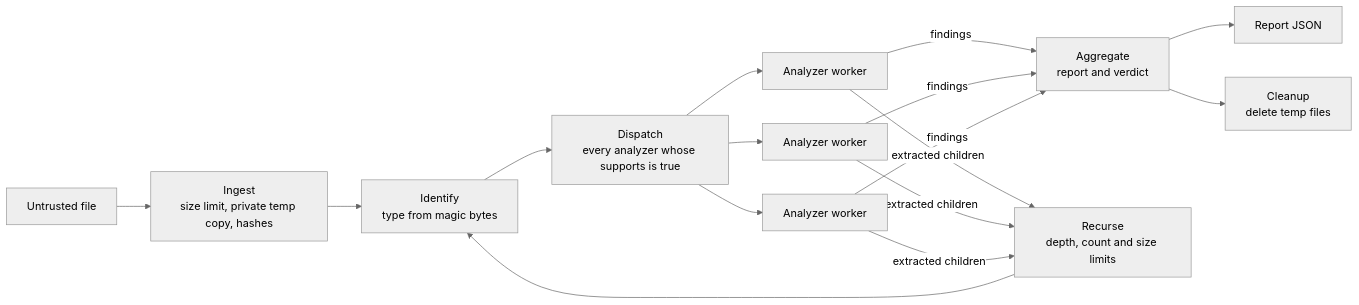
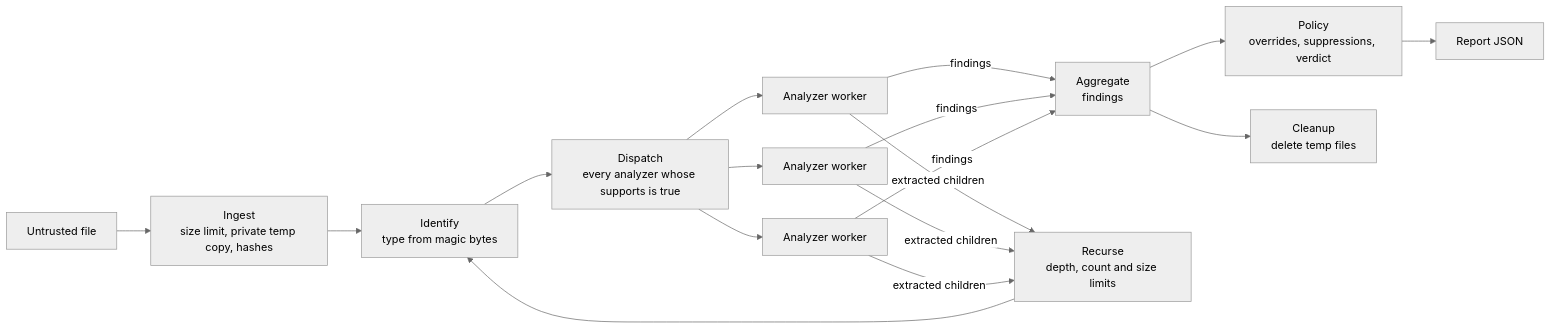
One commit to pablodt00/filevet changed the diagram in docs/architecture.md. Above: the diagram before and after it, drawn with Mermaid (neutral theme). The commit also changed other lines of this file and 82 other files, not shown here.

````diff
--- a/docs/architecture.md
+++ b/docs/architecture.md
@@ -7,14 +7,14 @@
 ```mermaid
 flowchart LR
     In[Untrusted file] --> Ingest
     Ingest[Ingest<br/>size limit, private temp copy, hashes] --> Identify
     Identify[Identify<br/>type from magic bytes] --> Dispatch
     Dispatch[Dispatch<br/>every analyzer whose supports is true] --> W1[Analyzer worker]
     Dispatch --> W2[Analyzer worker]
     Dispatch --> W3[Analyzer worker]
     W1 & W2 & W3 -- findings --> Aggregate
     W1 & W2 & W3 -- extracted children --> Recurse
     Recurse[Recurse<br/>depth, count and size limits] --> Identify
-    Aggregate[Aggregate<br/>report and verdict] --> Report[Report JSON]
+    Aggregate[Aggregate<br/>findings] --> Policy[Policy<br/>overrides, suppressions, verdict] --> Report[Report JSON]
     Aggregate --> Cleanup[Cleanup<br/>delete temp files]
 ```
````
